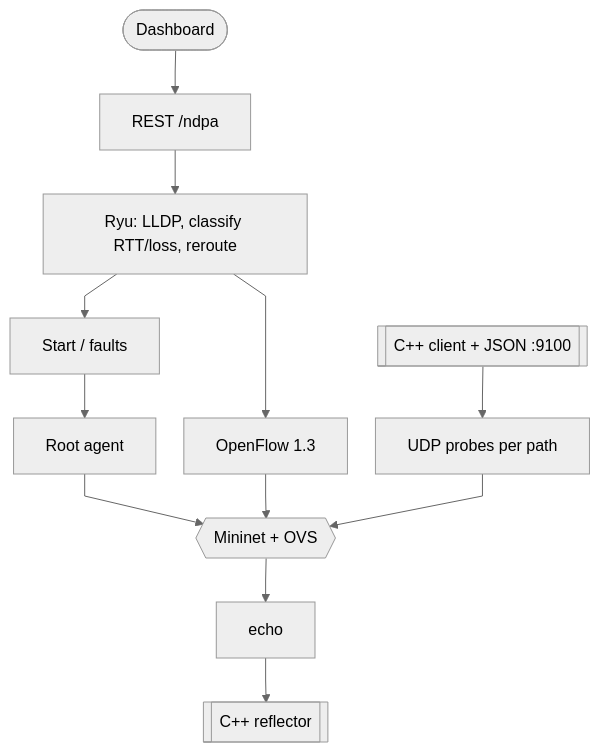
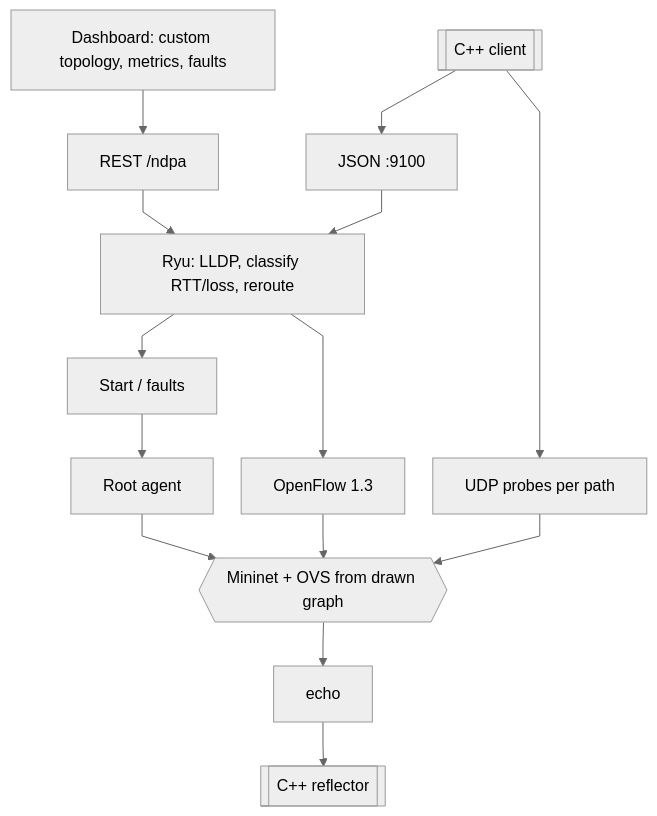
Before and after one commit to LonelyGuy-SE1/network-diagnostic-and-path-analysis: the diagram in README.md, drawn with Mermaid (neutral theme). The commit also changed other lines of this file, not shown here.

Commit message:
Push the architecture mermaid with protocol boxes and custom topology.
Keep REST, Start/faults, root agent, and JSON :9100 as nodes so GitHub does not render unpadded edge chips.

````diff
--- a/README.md
+++ b/README.md
@@ -44,21 +44,23 @@
 ```mermaid
 %%{init: {"flowchart": {"htmlLabels": true, "padding": 16, "nodeSpacing": 28, "rankSpacing": 44, "curve": "linear"}}}%%
 flowchart TB
-    D([Dashboard])
+    D[Dashboard: custom topology, metrics, faults]
     REST[REST /ndpa]
     RYU[Ryu: LLDP, classify RTT/loss, reroute]
     ST[Start / faults]
     AG[Root agent]
     OF[OpenFlow 1.3]
-    MN{{Mininet + OVS}}
+    MN{{Mininet + OVS from drawn graph}}
     UDP[UDP probes per path]
-    CL[[C++ client + JSON :9100]]
+    CL[[C++ client]]
+    REP[JSON :9100]
     ECHO[echo]
     RF[[C++ reflector]]
 
     D --> REST --> RYU
     RYU --> ST --> AG --> MN
     RYU --> OF --> MN
     CL --> UDP --> MN
     MN --> ECHO --> RF
+    CL --> REP --> RYU
 ```
````
